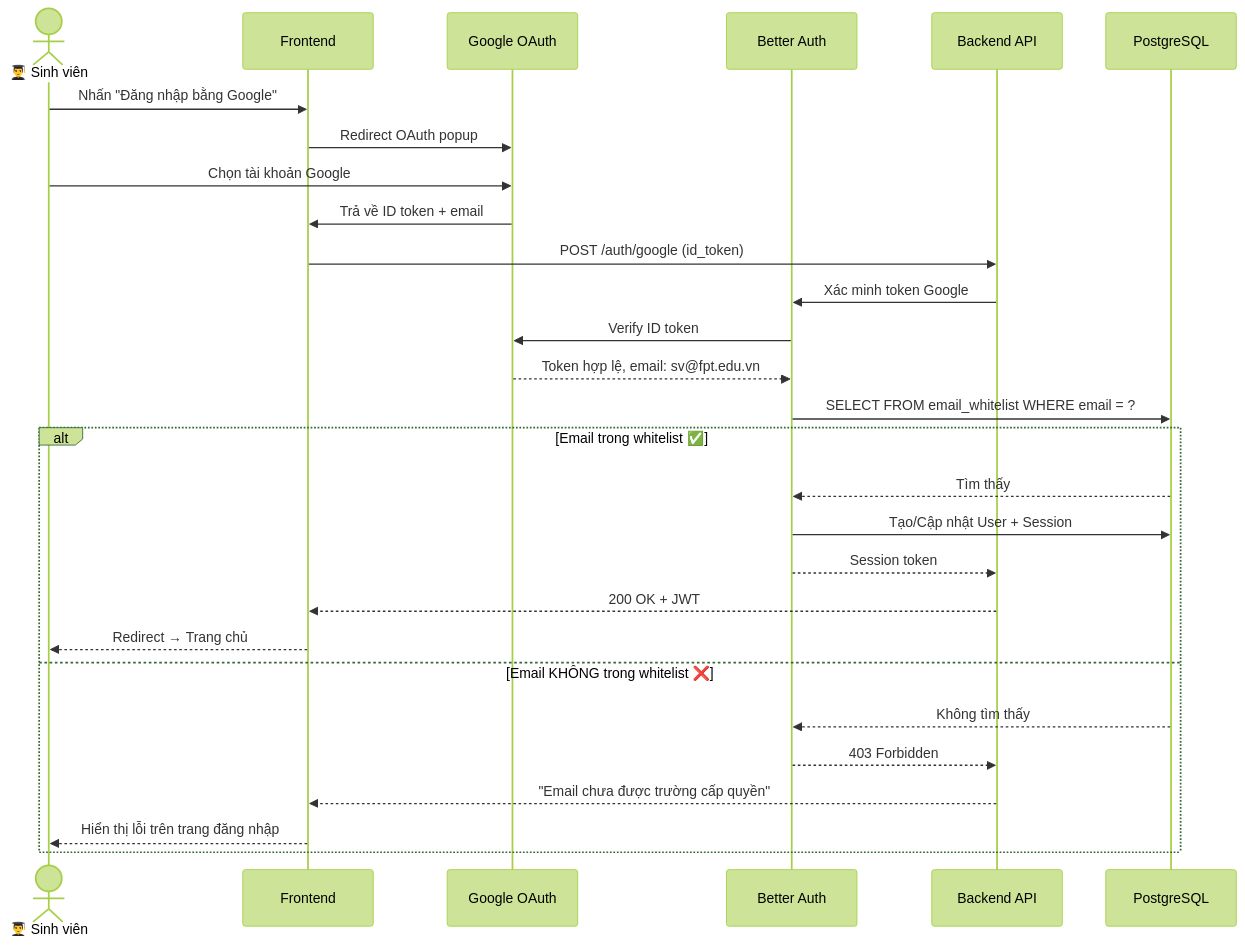
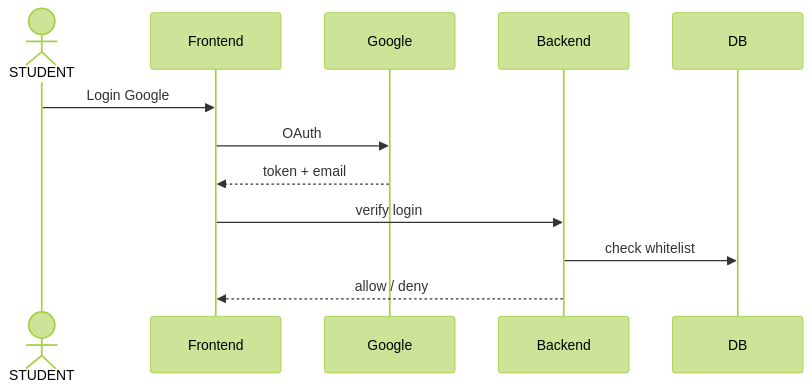
The first of 4 diagrams in docs/srs/docs/sequence_diagrams.md (lgdlong/chatbot-rag-fptu-sdn), drawn with Mermaid (forest theme) before and after one commit. The commit also changed other lines of this file and 45 other files, not shown here.

````diff
--- a/docs/srs/docs/sequence_diagrams.md
+++ b/docs/srs/docs/sequence_diagrams.md
@@ -26,32 +8,15 @@
 ```mermaid
 sequenceDiagram
-    actor SV as 👨‍🎓 Sinh viên
+    actor ST as STUDENT
     participant FE as Frontend
-    participant Google as Google OAuth
-    participant BA as Better Auth
-    participant BE as Backend API
-    participant DB as PostgreSQL
+    participant GO as Google
+    participant BE as Backend
+    participant DB as DB
 
-    SV->>FE: Nhấn "Đăng nhập bằng Google"
-    FE->>Google: Redirect OAuth popup
-    SV->>Google: Chọn tài khoản Google
-    Google->>FE: Trả về ID token + email
-    FE->>BE: POST /auth/google (id_token)
-    BE->>BA: Xác minh token Google
-    BA->>Google: Verify ID token
-    Google-->>BA: Token hợp lệ, email: sv@fpt.edu.vn
-    BA->>DB: SELECT FROM email_whitelist WHERE email = ?
-    
-    alt Email trong whitelist ✅
-        DB-->>BA: Tìm thấy
-        BA->>DB: Tạo/Cập nhật User + Session
-        BA-->>BE: Session token
-        BE-->>FE: 200 OK + JWT
-        FE-->>SV: Redirect → Trang chủ
-    else Email KHÔNG trong whitelist ❌
-        DB-->>BA: Không tìm thấy
-        BA-->>BE: 403 Forbidden
-        BE-->>FE: "Email chưa được trường cấp quyền"
-        FE-->>SV: Hiển thị lỗi trên trang đăng nhập
-    end
+    ST->>FE: Login Google
+    FE->>GO: OAuth
+    GO-->>FE: token + email
+    FE->>BE: verify login
+    BE->>DB: check whitelist
+    BE-->>FE: allow / deny
 ```
````
